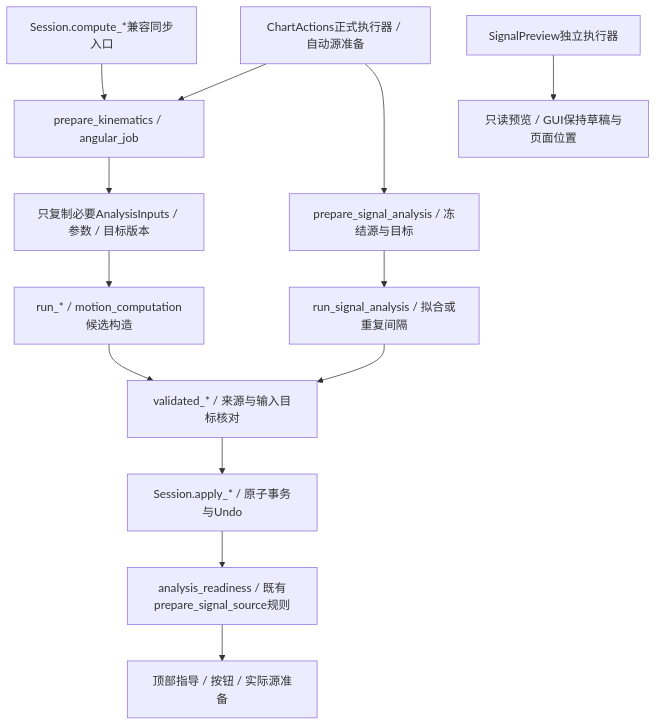
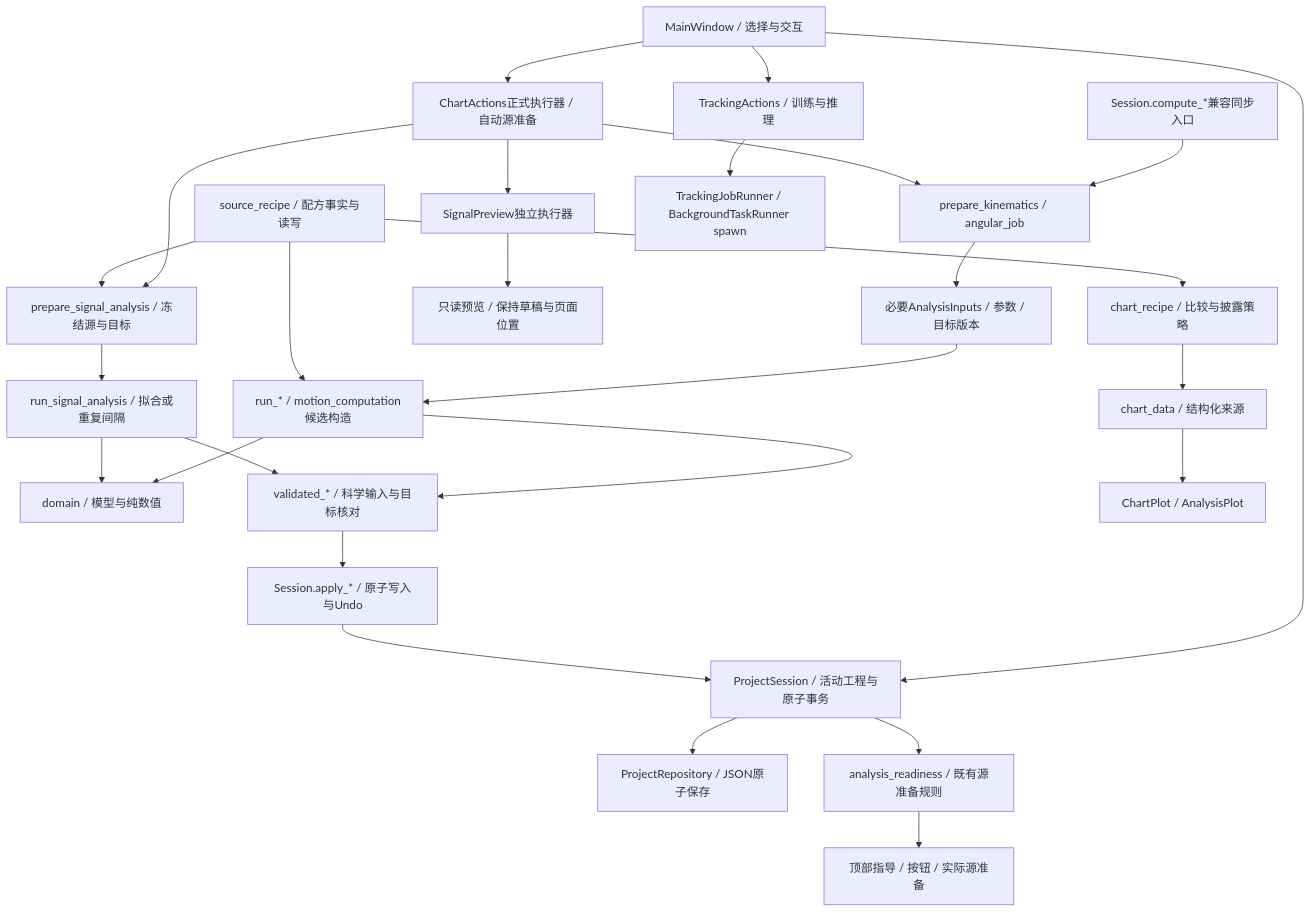
One commit to KYLeonis/ai-physics-tracker changed the diagram in docs/architecture.md. Above: the diagram before and after it, drawn with Mermaid. The commit also changed other lines of this file and 11 other files, not shown here.

````diff
--- a/docs/architecture.md
+++ b/docs/architecture.md
@@ -49,15 +9,29 @@
 ```mermaid
 flowchart TD
+    UI[MainWindow / 选择与交互] --> SESSION[ProjectSession / 活动工程与原子事务]
+    SESSION --> REPO[ProjectRepository / JSON原子保存]
     SYNC[Session.compute_*兼容同步入口] --> PREP[prepare_kinematics / angular_job]
-    CHART[ChartActions正式执行器 / 自动源准备] --> PREP
-    PREP --> INPUTS[只复制必要AnalysisInputs / 参数 / 目标版本]
+    UI --> CHART[ChartActions正式执行器 / 自动源准备]
+    CHART --> PREP
+    PREP --> INPUTS[必要AnalysisInputs / 参数 / 目标版本]
     INPUTS --> RUN[run_* / motion_computation候选构造]
-    RUN --> CHECK[validated_* / 来源与输入目标核对]
+    RUN --> DOMAIN[domain / 模型与纯数值]
+    RUN --> CHECK[validated_* / 科学输入与目标核对]
     CHART --> SIGNALPREP[prepare_signal_analysis / 冻结源与目标]
     SIGNALPREP --> SIGNALRUN[run_signal_analysis / 拟合或重复间隔]
+    SIGNALRUN --> DOMAIN
     SIGNALRUN --> CHECK
-    CHECK --> APPLY[Session.apply_* / 原子事务与Undo]
-    FACTS[analysis_readiness / 既有prepare_signal_source规则] --> GUIDE[顶部指导 / 按钮 / 实际源准备]
-    APPLY --> FACTS
-    PREVIEW[SignalPreview独立执行器] --> READONLY[只读预览 / GUI保持草稿与页面位置]
+    CHECK --> APPLY[Session.apply_* / 原子写入与Undo]
+    APPLY --> SESSION
+    FACTS[analysis_readiness / 既有源准备规则] --> GUIDE[顶部指导 / 按钮 / 实际源准备]
+    SESSION --> FACTS
+    CHART --> PREVIEW[SignalPreview独立执行器]
+    PREVIEW --> READONLY[只读预览 / 保持草稿与页面位置]
+    RECIPE[source_recipe / 配方事实与读写] --> RUN
+    RECIPE --> SIGNALPREP
+    RECIPE --> DISPLAY[chart_recipe / 比较与披露策略]
+    DISPLAY --> DATA[chart_data / 结构化来源]
+    DATA --> PLOT[ChartPlot / AnalysisPlot]
+    UI --> TRACK[TrackingActions / 训练与推理]
+    TRACK --> RUNNER[TrackingJobRunner / BackgroundTaskRunner spawn]
 ```
````
